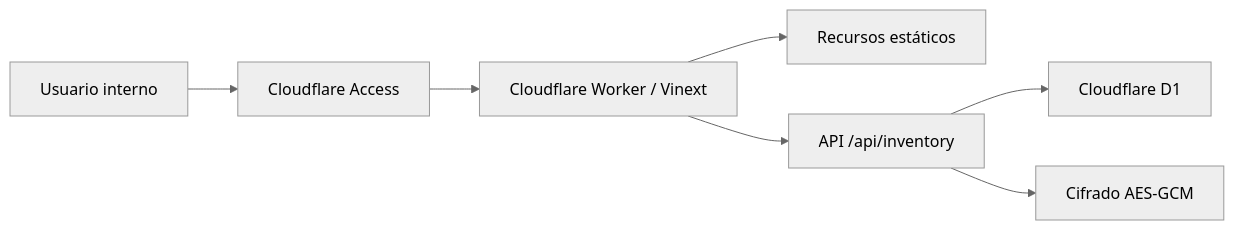
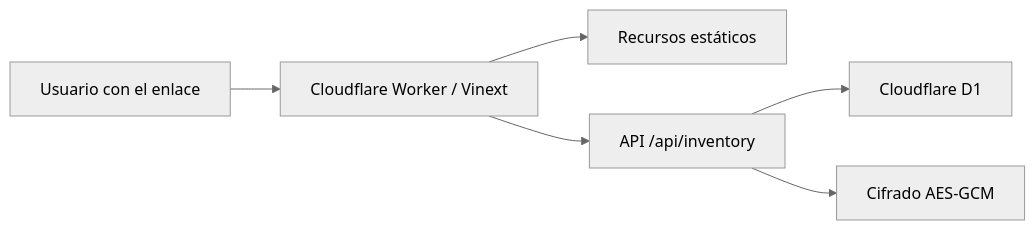
The diagram in docs/GUIA_TECNICA.md (GersonPc/inventario-dollar), drawn with Mermaid (neutral theme) before and after one commit. The commit also changed other lines of this file and 8 other files, not shown here.

````diff
--- a/docs/GUIA_TECNICA.md
+++ b/docs/GUIA_TECNICA.md
@@ -5,9 +5,8 @@
 ```mermaid
 flowchart LR
-    U["Usuario interno"] --> A["Cloudflare Access"]
-    A --> W["Cloudflare Worker / Vinext"]
+    U["Usuario con el enlace"] --> W["Cloudflare Worker / Vinext"]
     W --> S["Recursos estáticos"]
     W --> API["API /api/inventory"]
     API --> D1["Cloudflare D1"]
     API --> C["Cifrado AES-GCM"]
 ```
````
